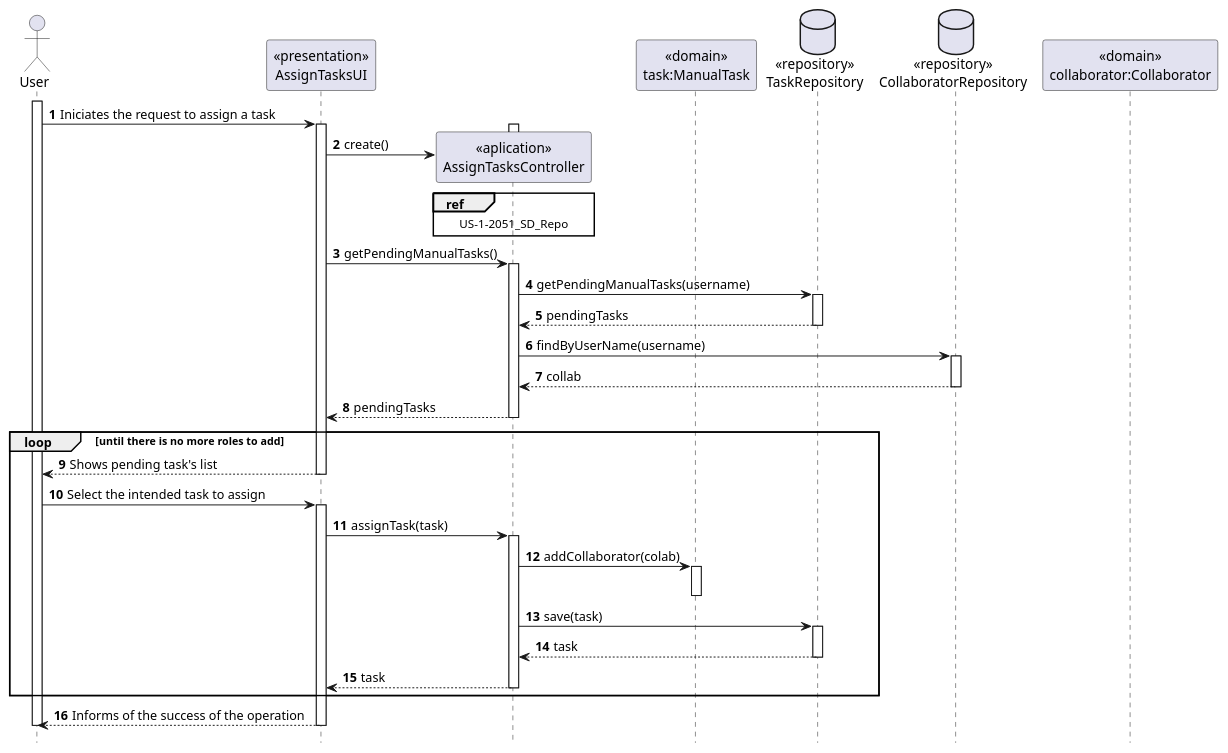
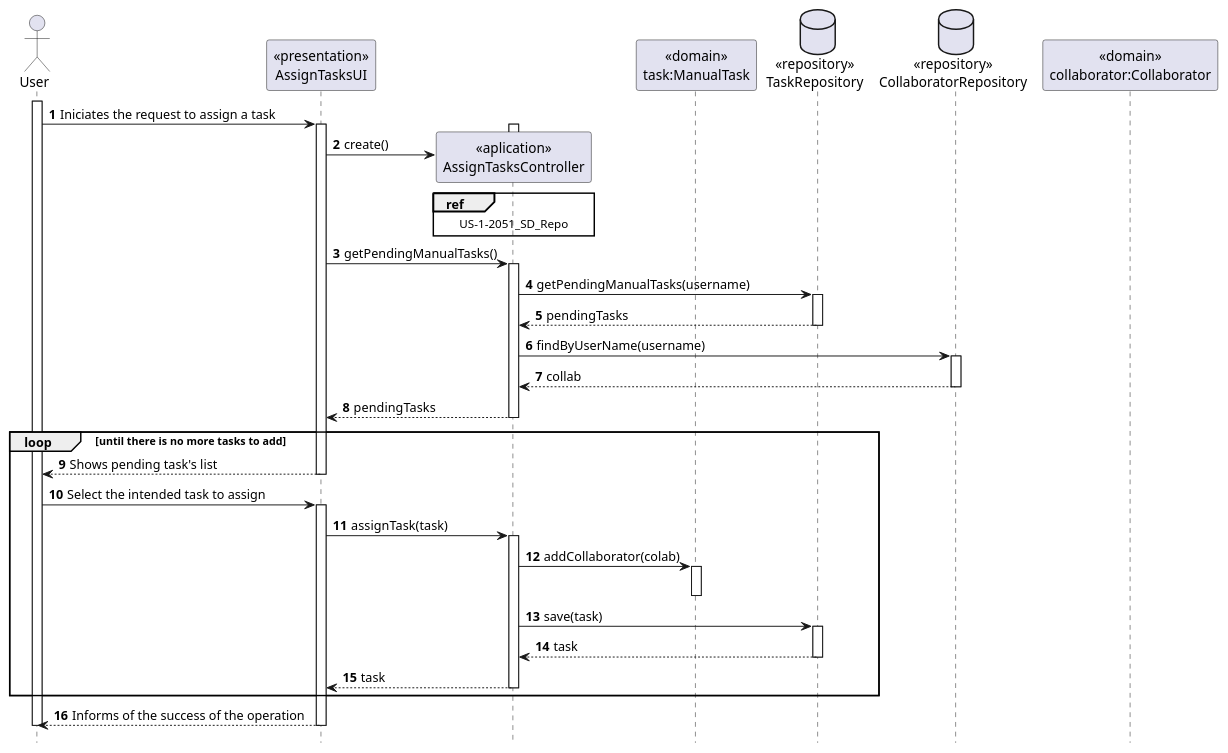
The diagram in doc/engenharia/SprintC/1190424/_US1-3022_AssignTask/US-2-3022_SD_.puml (tiagoavcosta25/LAPR4), drawn with PlantUML before and after one commit. The commit also changed 2 other files, not shown here.

```diff
--- a/doc/engenharia/SprintC/1190424/_US1-3022_AssignTask/US-2-3022_SD_.puml
+++ b/doc/engenharia/SprintC/1190424/_US1-3022_AssignTask/US-2-3022_SD_.puml
@@ -1,71 +1,71 @@
 @startuml@startuml
          autonumber
          hide footbox
 
          actor "User" as U
 
          participant "<<presentation>>\nAssignTasksUI" as UI
          participant "<<aplication>>\nAssignTasksController" as CTRL
          participant "<<domain>>\ntask:ManualTask" as MT
          database "<<repository>>\nTaskRepository" as TR
          database "<<repository>>\nCollaboratorRepository" as CR
          participant "<<domain>>\ncollaborator:Collaborator" as COLLAB
 
          activate U
 
          U-> UI : Iniciates the request to assign a task
          activate UI
 
          activate CTRL
          UI-> CTRL** : create()
          ref over CTRL
          US-1-2051_SD_Repo
          end ref
          deactivate CTRL
 
          UI-> CTRL : getPendingManualTasks()
          activate CTRL
 
          CTRL-> TR : getPendingManualTasks(username)
          activate TR
 
          TR--> CTRL : pendingTasks
          deactivate TR
 
          CTRL-> CR : findByUserName(username)
          activate CR
          CR--> CTRL : collab
          deactivate CR
 
          CTRL--> UI : pendingTasks
          deactivate CTRL
 
-         loop until there is no more roles to add
+         loop until there is no more tasks to add
          UI --> U: Shows pending task's list
          deactivate UI
 
          U-> UI : Select the intended task to assign
          activate UI
 
          UI-> CTRL : assignTask(task)
          activate CTRL
 
          CTRL-> MT : addCollaborator(colab)
          activate MT
          deactivate MT
 
          CTRL-> TR : save(task)
          activate TR
 
          TR --> CTRL : task
          deactivate TR
 
          CTRL--> UI : task
          deactivate CTRL
          end
 
          UI --> U: Informs of the success of the operation
          deactivate UI
          deactivate U
 
          @enduml
```
